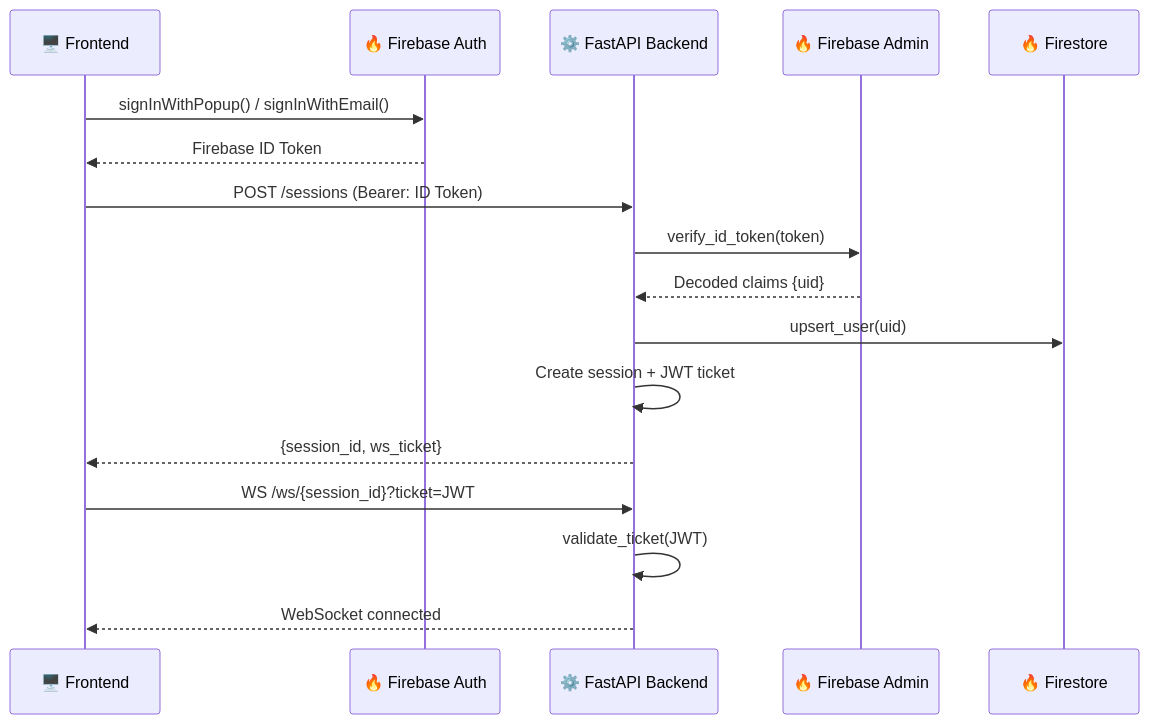
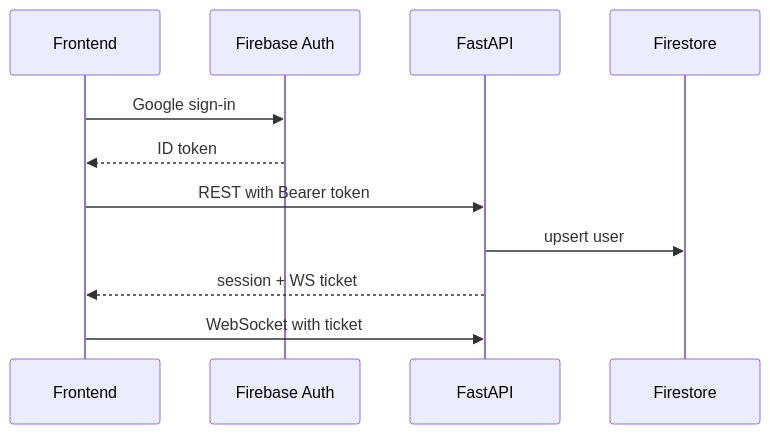
The fourth of 5 diagrams in README.md (Nandan-D14/nexus-agent), drawn with Mermaid before and after one commit. The commit also changed other lines of this file and 264 other files, not shown here.

````diff
--- a/README.md
+++ b/README.md
@@ -271,22 +211,14 @@
 ```mermaid
 sequenceDiagram
-    participant FE as 🖥️ Frontend
-    participant FBAuth as 🔥 Firebase Auth
-    participant API as ⚙️ FastAPI Backend
-    participant FBAdmin as 🔥 Firebase Admin
-    participant FS as 🔥 Firestore
+    participant FE as Frontend
+    participant FBAuth as Firebase Auth
+    participant API as FastAPI
+    participant FS as Firestore
 
-    FE->>FBAuth: signInWithPopup() / signInWithEmail()
-    FBAuth-->>FE: Firebase ID Token
-
-    FE->>API: POST /sessions (Bearer: ID Token)
-    API->>FBAdmin: verify_id_token(token)
-    FBAdmin-->>API: Decoded claims {uid}
-    API->>FS: upsert_user(uid)
-    API->>API: Create session + JWT ticket
-    API-->>FE: {session_id, ws_ticket}
-
-    FE->>API: WS /ws/{session_id}?ticket=JWT
-    API->>API: validate_ticket(JWT)
-    API-->>FE: WebSocket connected
+    FE->>FBAuth: Google sign-in
+    FBAuth-->>FE: ID token
+    FE->>API: REST with Bearer token
+    API->>FS: upsert user
+    API-->>FE: session + WS ticket
+    FE->>API: WebSocket with ticket
 ```
````
